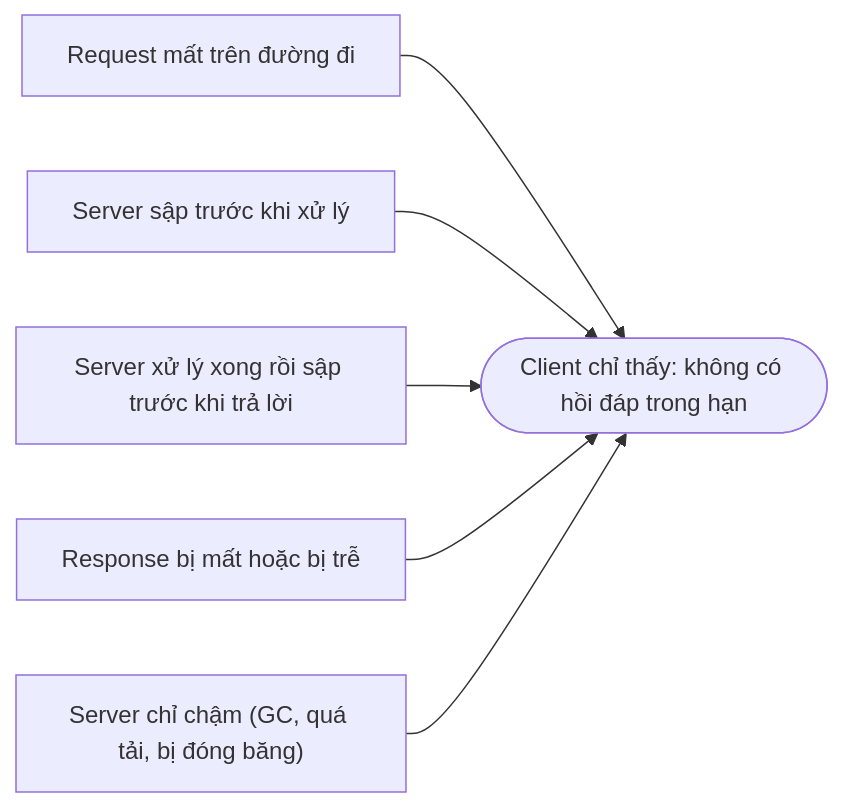
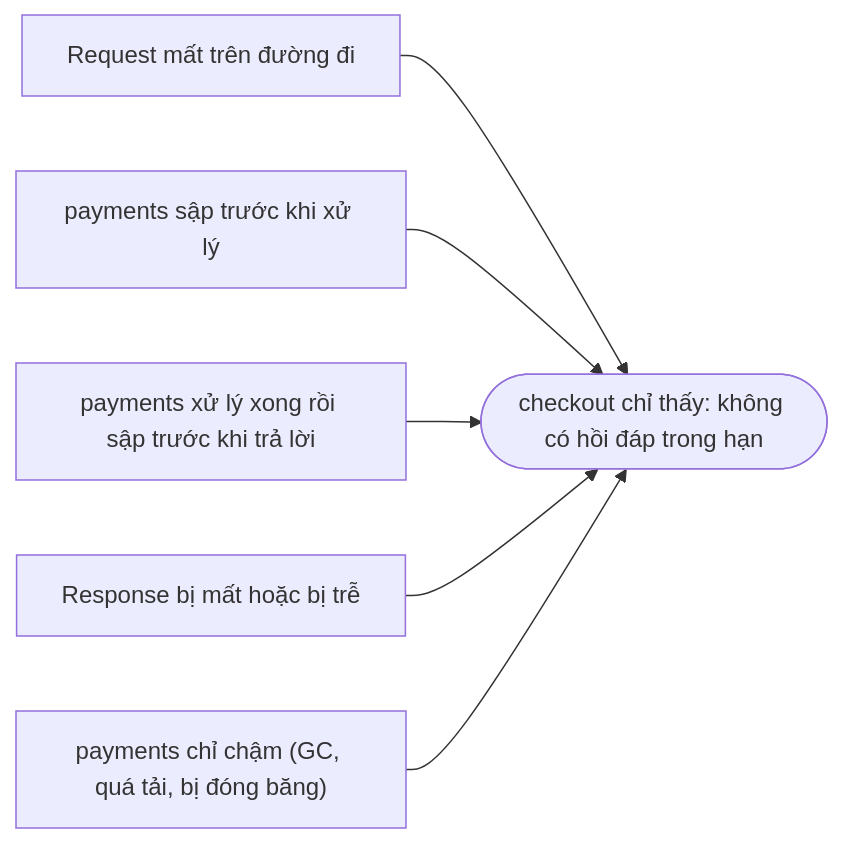
Before and after one commit to pirumu/irust: the first of 6 diagrams in docs/12-he-thong-du-lieu/08-su-co-he-phan-tan.md, drawn with Mermaid. The commit also changed other lines of this file and 27 other files, not shown here.

````diff
--- a/docs/12-he-thong-du-lieu/08-su-co-he-phan-tan.md
+++ b/docs/12-he-thong-du-lieu/08-su-co-he-phan-tan.md
@@ -39,9 +45,9 @@
 ```mermaid
 flowchart LR
   A["Request mất trên đường đi"] --> T
-  B["Server sập trước khi xử lý"] --> T
-  C["Server xử lý xong rồi sập trước khi trả lời"] --> T
+  B["payments sập trước khi xử lý"] --> T
+  C["payments xử lý xong rồi sập trước khi trả lời"] --> T
   D["Response bị mất hoặc bị trễ"] --> T
-  E["Server chỉ chậm (GC, quá tải, bị đóng băng)"] --> T
-  T(["Client chỉ thấy: không có hồi đáp trong hạn"])
+  E["payments chỉ chậm (GC, quá tải, bị đóng băng)"] --> T
+  T(["checkout chỉ thấy: không có hồi đáp trong hạn"])
 ```
````
